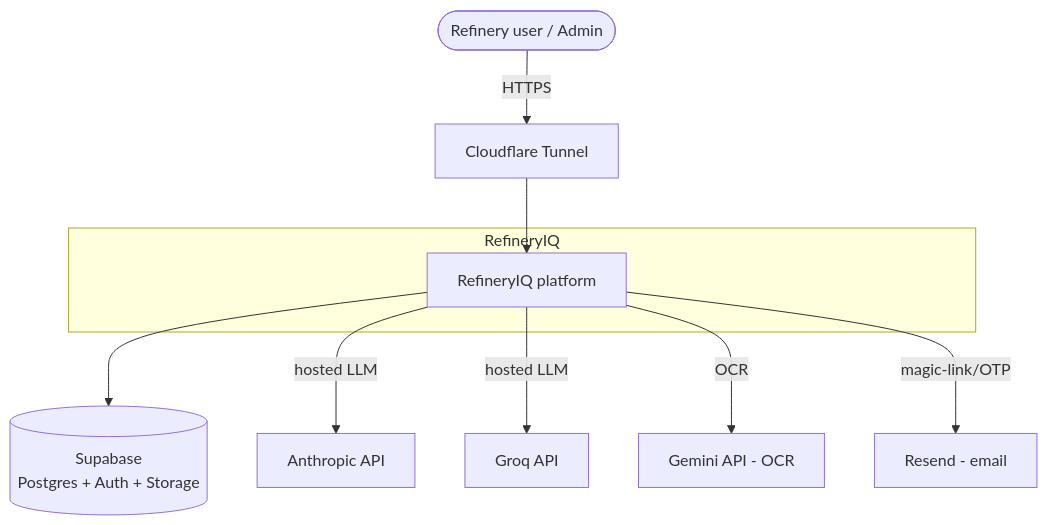
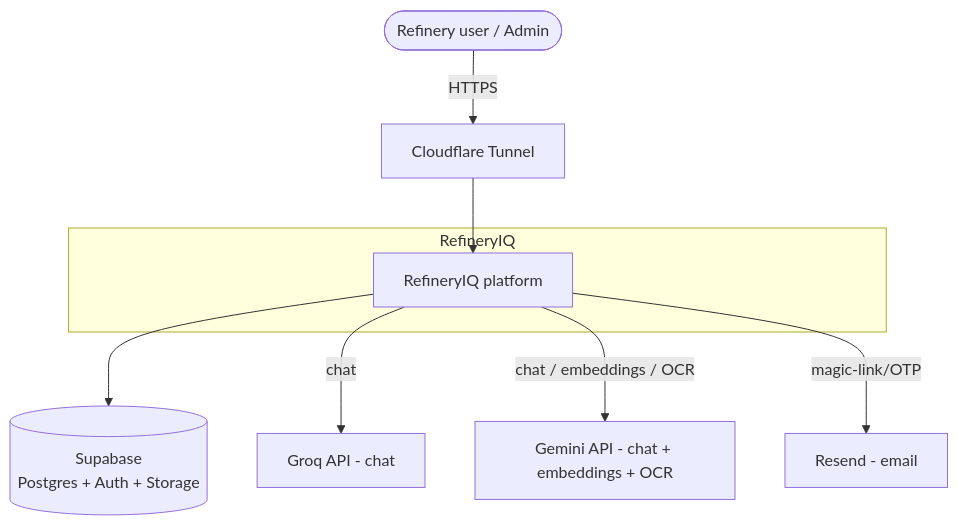
One commit to rukonpama54321/refinery-iq changed the first of 6 diagrams in docs/03-architecture.md. Above: the diagram before and after it, drawn with Mermaid. The commit also changed other lines of this file and 20 other files, not shown here.

First line of the commit message:
feat: dev kickoff — Next.js scaffold + ADR-0004 (Groq+Gemini) + progress notes

````diff
--- a/docs/03-architecture.md
+++ b/docs/03-architecture.md
@@ -21,20 +21,18 @@
 ```mermaid
 flowchart TB
     User([Refinery user / Admin])
     subgraph RefineryIQ
       App[RefineryIQ platform]
     end
     Supabase[(Supabase\nPostgres + Auth + Storage)]
-    Anthropic[Anthropic API]
-    Groq[Groq API]
-    Gemini[Gemini API - OCR]
+    Groq[Groq API - chat]
+    Gemini[Gemini API - chat + embeddings + OCR]
     Resend[Resend - email]
     CF[Cloudflare Tunnel]
 
     User -->|HTTPS| CF --> App
     App --> Supabase
-    App -->|hosted LLM| Anthropic
-    App -->|hosted LLM| Groq
-    App -->|OCR| Gemini
+    App -->|chat| Groq
+    App -->|chat / embeddings / OCR| Gemini
     App -->|magic-link/OTP| Resend
 ```
````
